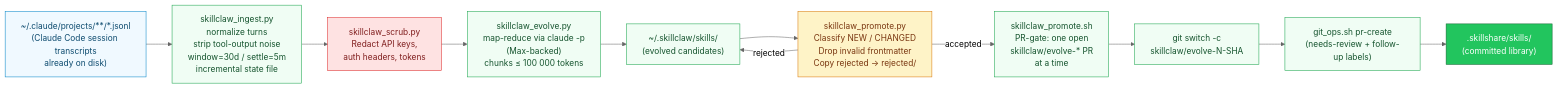
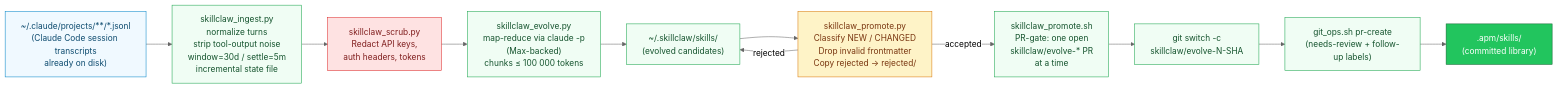
Diagram 19 of 20 in docs/ARCHITECTURE_DIAGRAMS.md (RB-chrismandich/Manifest), drawn with Mermaid before and after one commit. The commit also changed other lines of this file and 298 other files, not shown here.

First line of the commit message:
feat(522)!: deprecate skillshare completely — .apm/skills is the sole source of truth

````diff
--- a/docs/ARCHITECTURE_DIAGRAMS.md
+++ b/docs/ARCHITECTURE_DIAGRAMS.md
@@ -1541,40 +1541,40 @@
 ```mermaid
 %%{init: {'theme':'neutral'}}%%
 flowchart LR
     classDef input fill:#f0f9ff,stroke:#0284c7,color:#0c4a6e
     classDef process fill:#f0fdf4,stroke:#16a34a,color:#14532d
     classDef decision fill:#fef3c7,stroke:#d97706,color:#78350f
     classDef secure fill:#fee2e2,stroke:#dc2626,color:#7f1d1d
     classDef config fill:#f3e8ff,stroke:#9333ea,color:#581c87
     classDef output fill:#22c55e,stroke:#166534,color:#fff
 
     TRANSCRIPTS["~/.claude/projects/**/*.jsonl\n(Claude Code session transcripts\nalready on disk)"]:::input
 
     INGEST["skillclaw_ingest.py\nnormalize turns\nstrip tool-output noise\nwindow=30d / settle=5m\nincremental state file"]:::process
 
     SCRUB["skillclaw_scrub.py\nRedact API keys,\nauth headers, tokens"]:::secure
 
     EVOLVE["skillclaw_evolve.py\nmap-reduce via claude -p\n(Max-backed)\nchunks ≤ 100 000 tokens"]:::process
 
     EVOLVED_LIB["~/.skillclaw/skills/\n(evolved candidates)"]:::process
 
     CLASSIFY["skillclaw_promote.py\nClassify NEW / CHANGED\nDrop invalid frontmatter\nCopy rejected → rejected/"]:::decision
 
     PROMOTE["skillclaw_promote.sh\nPR-gate: one open\nskillclaw/evolve-* PR\nat a time"]:::process
 
     GIT_BRANCH["git switch -c\nskillclaw/evolve-N-SHA"]:::process
     PR["git_ops.sh pr-create\n(needs-review + follow-up labels)"]:::process
 
-    SKILLSHARE[".skillshare/skills/\n(committed library)"]:::output
+    SKILLSHARE[".apm/skills/\n(committed library)"]:::output
 
     TRANSCRIPTS --> INGEST
     INGEST --> SCRUB
     SCRUB --> EVOLVE
     EVOLVE --> EVOLVED_LIB
     EVOLVED_LIB --> CLASSIFY
     CLASSIFY -->|accepted| PROMOTE
     CLASSIFY -->|rejected| EVOLVED_LIB
     PROMOTE --> GIT_BRANCH
     GIT_BRANCH --> PR
     PR --> SKILLSHARE
 ```
````
